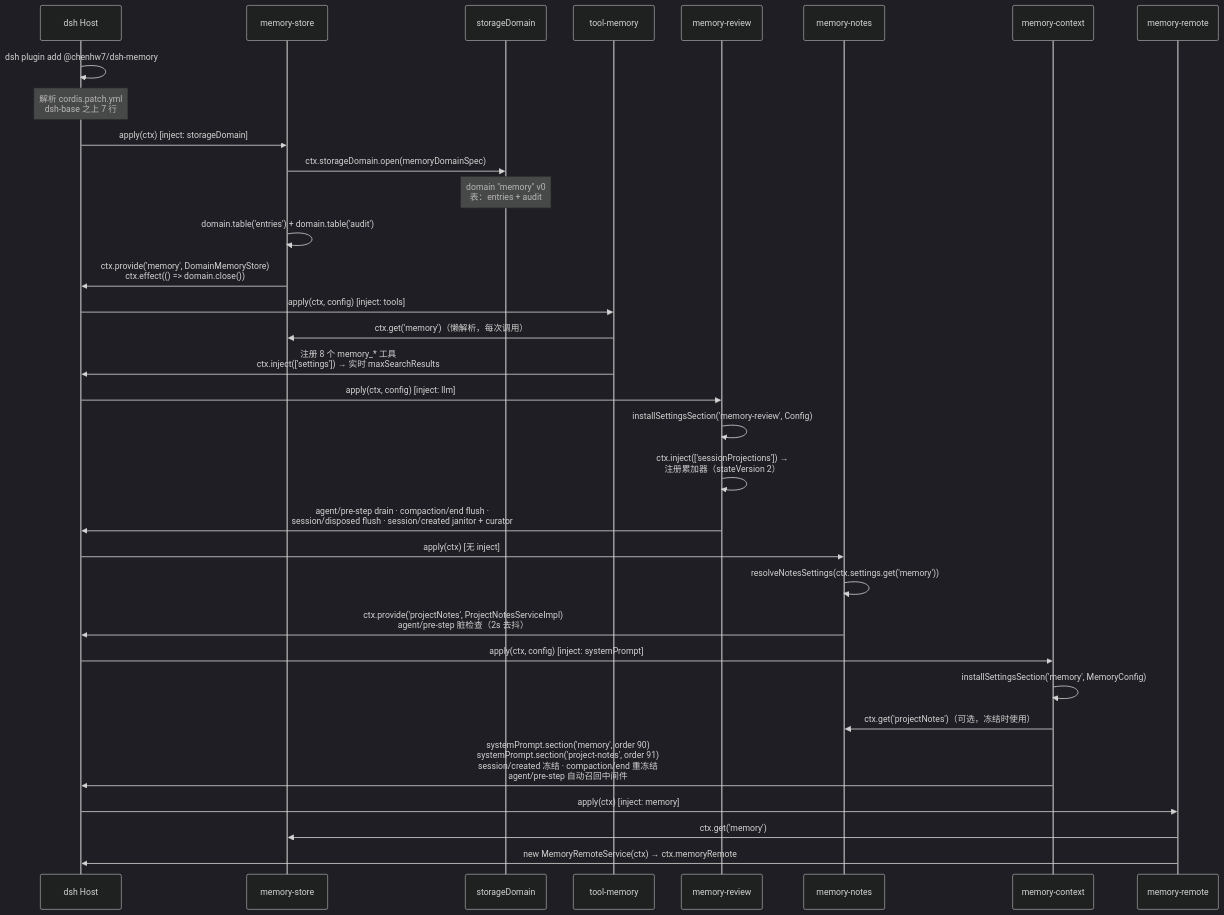
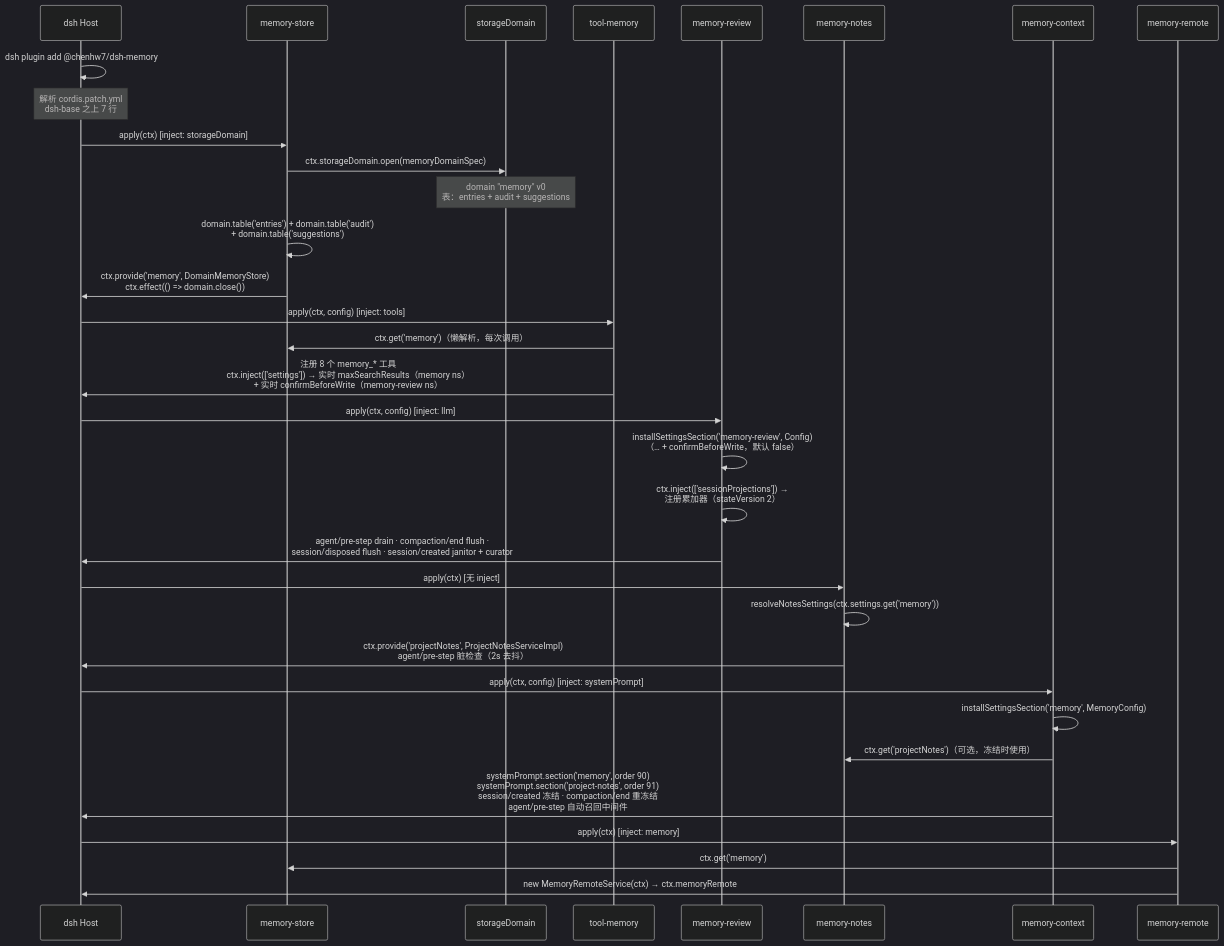
One commit to chenhw7/dsh-memory changed the first of 14 diagrams in docs/SEQUENCE_DIAGRAMS.zh-CN.md. Above: the diagram before and after it, drawn with Mermaid (dark theme). The commit also changed other lines of this file and 2 other files, not shown here.

First line of the commit message:
docs: sync zh-CN mirrors (README / TECH_DESIGN / SEQUENCE_DIAGRAMS) with the v0.5.0 implementation

````diff
--- a/docs/SEQUENCE_DIAGRAMS.zh-CN.md
+++ b/docs/SEQUENCE_DIAGRAMS.zh-CN.md
@@ -14,42 +14,42 @@
 ```mermaid
 sequenceDiagram
     participant Host as dsh Host
     participant Store as memory-store
     participant SD as storageDomain
     participant Tool as tool-memory
     participant Review as memory-review
     participant Notes as memory-notes
     participant Context as memory-context
     participant Remote as memory-remote
 
     Host->>Host: dsh plugin add @chenhw7/dsh-memory
     Note over Host: 解析 cordis.patch.yml<br/>dsh-base 之上 7 行
 
     Host->>Store: apply(ctx) [inject: storageDomain]
     Store->>SD: ctx.storageDomain.open(memoryDomainSpec)
-    Note over SD: domain "memory" v0<br/>表：entries + audit
-    Store->>Store: domain.table('entries') + domain.table('audit')
+    Note over SD: domain "memory" v0<br/>表：entries + audit + suggestions
+    Store->>Store: domain.table('entries') + domain.table('audit')<br/>+ domain.table('suggestions')
     Store->>Host: ctx.provide('memory', DomainMemoryStore)<br/>ctx.effect(() => domain.close())
 
     Host->>Tool: apply(ctx, config) [inject: tools]
     Tool->>Store: ctx.get('memory')（懒解析，每次调用）
-    Tool->>Host: 注册 8 个 memory_* 工具<br/>ctx.inject(['settings']) → 实时 maxSearchResults
+    Tool->>Host: 注册 8 个 memory_* 工具<br/>ctx.inject(['settings']) → 实时 maxSearchResults（memory ns）<br/>+ 实时 confirmBeforeWrite（memory-review ns）
 
     Host->>Review: apply(ctx, config) [inject: llm]
-    Review->>Review: installSettingsSection('memory-review', Config)
+    Review->>Review: installSettingsSection('memory-review', Config)<br/>（… + confirmBeforeWrite，默认 false）
     Review->>Review: ctx.inject(['sessionProjections']) →<br/>注册累加器（stateVersion 2）
     Review->>Host: agent/pre-step drain · compaction/end flush ·<br/>session/disposed flush · session/created janitor + curator
 
     Host->>Notes: apply(ctx) [无 inject]
     Notes->>Notes: resolveNotesSettings(ctx.settings.get('memory'))
     Notes->>Host: ctx.provide('projectNotes', ProjectNotesServiceImpl)<br/>agent/pre-step 脏检查（2s 去抖）
 
     Host->>Context: apply(ctx, config) [inject: systemPrompt]
     Context->>Context: installSettingsSection('memory', MemoryConfig)
     Context->>Notes: ctx.get('projectNotes')（可选，冻结时使用）
     Context->>Host: systemPrompt.section('memory', order 90)<br/>systemPrompt.section('project-notes', order 91)<br/>session/created 冻结 · compaction/end 重冻结<br/>agent/pre-step 自动召回中间件
 
     Host->>Remote: apply(ctx) [inject: memory]
     Remote->>Store: ctx.get('memory')
     Remote->>Host: new MemoryRemoteService(ctx) → ctx.memoryRemote
 ```
````
